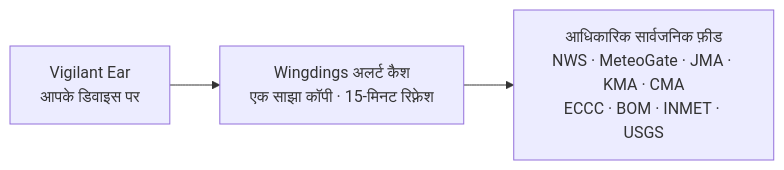
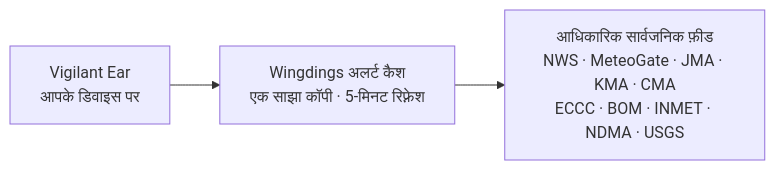
Before and after one commit to rpalm01-star/VigilantEarLegal: the fourth of 4 diagrams in README_hi.md, drawn with Mermaid. The commit also changed other lines of this file and 11 other files, not shown here.

````diff
--- a/README_hi.md
+++ b/README_hi.md
@@ -153,5 +158,5 @@
 ```mermaid
 graph LR
-    P1["Vigilant Ear<br/>आपके डिवाइस पर"] --> W["Wingdings अलर्ट कैश<br/>एक साझा कॉपी · 15-मिनट रिफ़्रेश"]
-    W --> N["आधिकारिक सार्वजनिक फ़ीड<br/>NWS · MeteoGate · JMA · KMA · CMA<br/>ECCC · BOM · INMET · USGS"]
+    P1["Vigilant Ear<br/>आपके डिवाइस पर"] --> W["Wingdings अलर्ट कैश<br/>एक साझा कॉपी · 5-मिनट रिफ़्रेश"]
+    W --> N["आधिकारिक सार्वजनिक फ़ीड<br/>NWS · MeteoGate · JMA · KMA · CMA<br/>ECCC · BOM · INMET · NDMA · USGS"]
 ```
````
